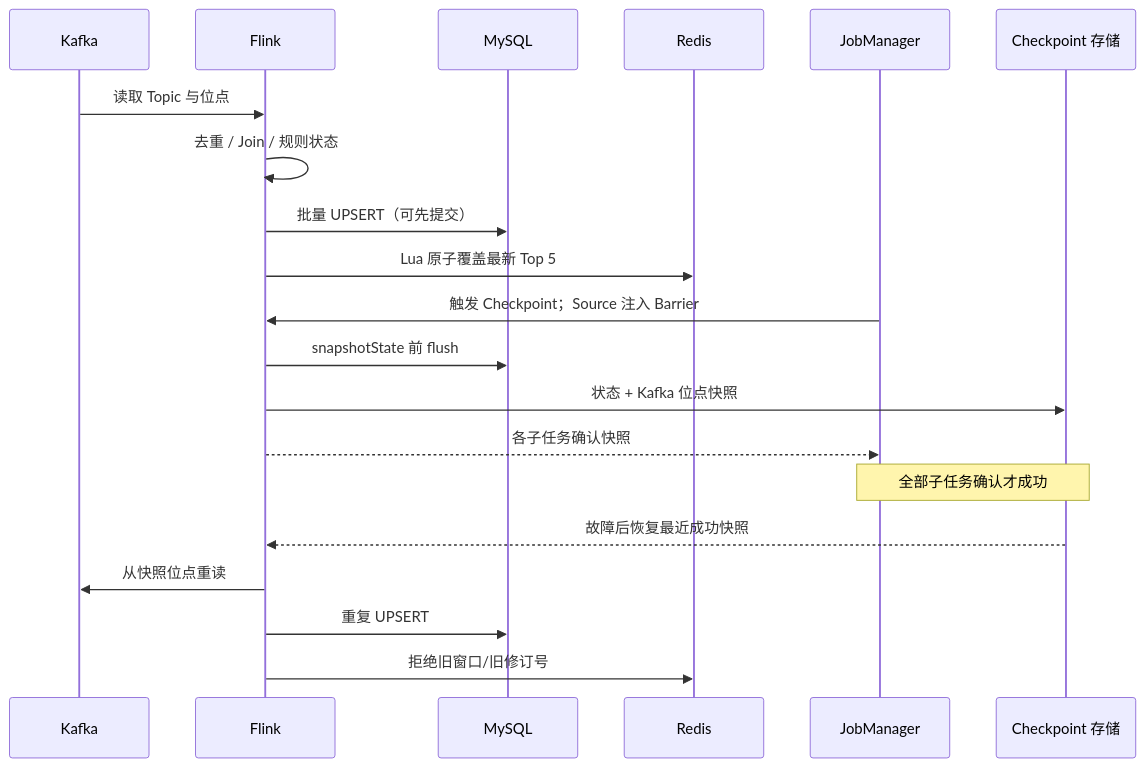
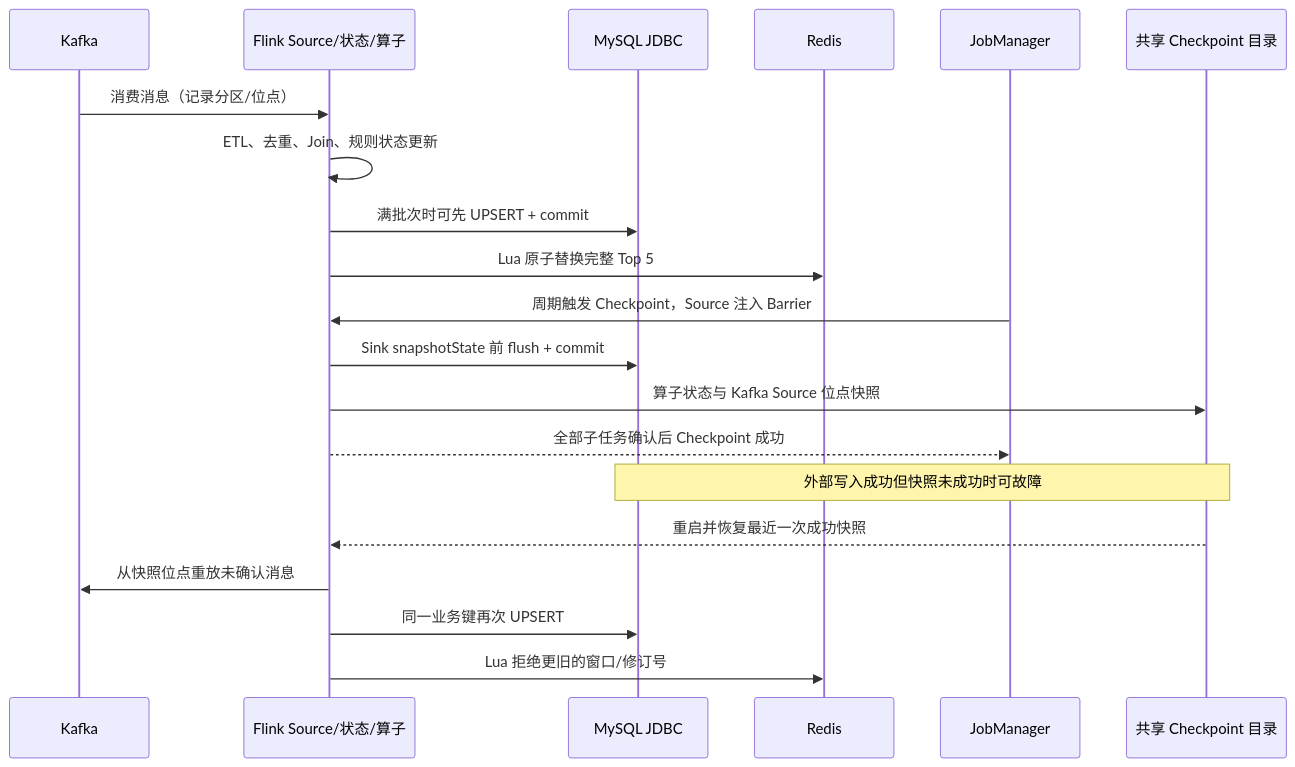
One commit to 843616120/hotnews-realtime changed the diagram in docs/05-Day5-一致性边界.md. Above: the diagram before and after it, drawn with Mermaid. The commit also changed other lines of this file and 90 other files, not shown here.

````diff
--- a/docs/05-Day5-一致性边界.md
+++ b/docs/05-Day5-一致性边界.md
@@ -3,22 +3,22 @@
 ```mermaid
 sequenceDiagram
     participant K as Kafka
-    participant F as Flink
-    participant M as MySQL
+    participant F as Flink Source/状态/算子
+    participant M as MySQL JDBC
     participant R as Redis
     participant J as JobManager
-    participant S as Checkpoint 存储
-    K->>F: 读取 Topic 与位点
-    F->>F: 去重 / Join / 规则状态
-    F->>M: 批量 UPSERT（可先提交）
-    F->>R: Lua 原子覆盖最新 Top 5
-    J->>F: 触发 Checkpoint；Source 注入 Barrier
-    F->>M: snapshotState 前 flush
-    F->>S: 状态 + Kafka 位点快照
-    F-->>J: 各子任务确认快照
-    Note over J,S: 全部子任务确认才成功
-    S-->>F: 故障后恢复最近成功快照
-    F->>K: 从快照位点重读
-    F->>M: 重复 UPSERT
-    F->>R: 拒绝旧窗口/旧修订号
+    participant S as 共享 Checkpoint 目录
+    K->>F: 消费消息（记录分区/位点）
+    F->>F: ETL、去重、Join、规则状态更新
+    F->>M: 满批次时可先 UPSERT + commit
+    F->>R: Lua 原子替换完整 Top 5
+    J->>F: 周期触发 Checkpoint，Source 注入 Barrier
+    F->>M: Sink snapshotState 前 flush + commit
+    F->>S: 算子状态与 Kafka Source 位点快照
+    F-->>J: 全部子任务确认后 Checkpoint 成功
+    Note over M,S: 外部写入成功但快照未成功时可故障
+    S-->>F: 重启并恢复最近一次成功快照
+    F->>K: 从快照位点重放未确认消息
+    F->>M: 同一业务键再次 UPSERT
+    F->>R: Lua 拒绝更旧的窗口/修订号
 ```
````
